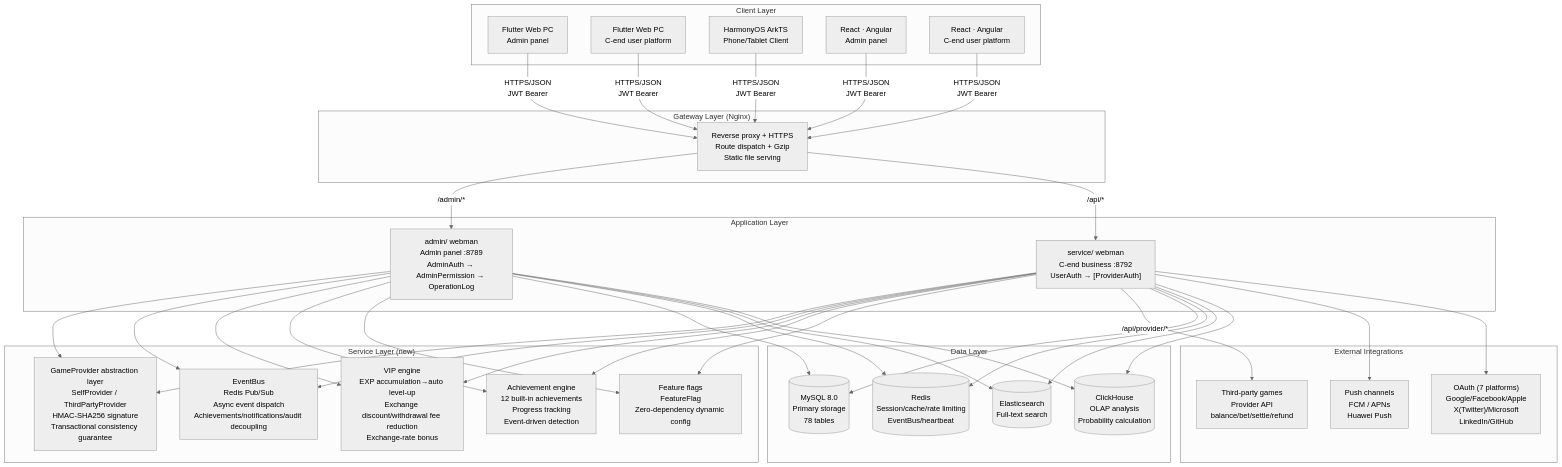
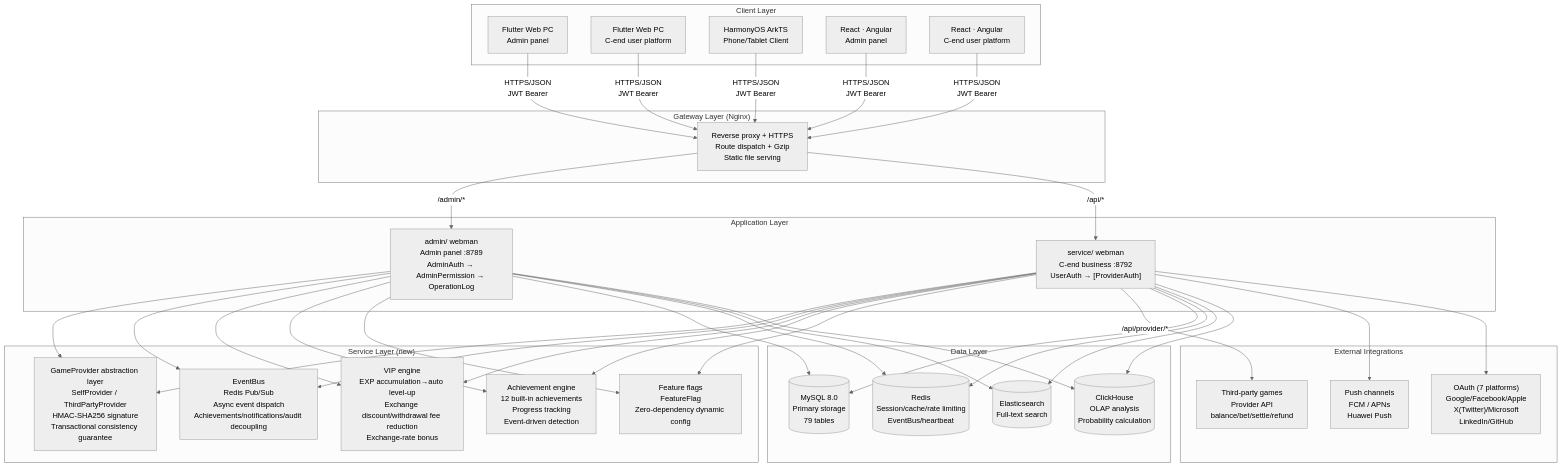
One commit to erikwang2013/game-platform-php changed the first of 2 diagrams in docs/ARCHITECTURE.en.md. Above: the diagram before and after it, drawn with Mermaid (neutral theme). The commit also changed other lines of this file and 710 other files, not shown here.

````diff
--- a/docs/ARCHITECTURE.en.md
+++ b/docs/ARCHITECTURE.en.md
@@ -11,48 +11,48 @@
 ```mermaid
 flowchart TB
     subgraph "Client Layer"
         A1["Flutter Web PC<br/>Admin panel"]
         A2["Flutter Web PC<br/>C-end user platform"]
         A3["HarmonyOS ArkTS<br/>Phone/Tablet Client"]
         A4["React · Angular<br/>Admin panel"]
         A5["React · Angular<br/>C-end user platform"]
     end
 
     subgraph "Gateway Layer (Nginx)"
         B1["Reverse proxy + HTTPS<br/>Route dispatch + Gzip<br/>Static file serving"]
     end
 
     subgraph "Application Layer"
         C1["admin/ webman<br/>Admin panel :8789<br/>AdminAuth → AdminPermission → OperationLog"]
         C2["service/ webman<br/>C-end business :8792<br/>UserAuth → [ProviderAuth]"]
     end
 
     subgraph "Service Layer (new)"
         D0["GameProvider abstraction layer<br/>SelfProvider / ThirdPartyProvider<br/>HMAC-SHA256 signature<br/>Transactional consistency guarantee"]
         D1["EventBus<br/>Redis Pub/Sub<br/>Async event dispatch<br/>Achievements/notifications/audit decoupling"]
         D2["VIP engine<br/>EXP accumulation→auto level-up<br/>Exchange discount/withdrawal fee reduction<br/>Exchange-rate bonus"]
         D3["Achievement engine<br/>12 built-in achievements<br/>Progress tracking<br/>Event-driven detection"]
         D4["Feature flags<br/>FeatureFlag<br/>Zero-dependency dynamic config"]
     end
 
     subgraph "Data Layer"
-        E1[("MySQL 8.0<br/>Primary storage<br/>78 tables")]
+        E1[("MySQL 8.0<br/>Primary storage<br/>79 tables")]
         E2[("Redis<br/>Session/cache/rate limiting<br/>EventBus/heartbeat")]
         E3[("Elasticsearch<br/>Full-text search")]
         E4[("ClickHouse<br/>OLAP analysis<br/>Probability calculation")]
     end
 
     subgraph "External Integrations"
         F1["Third-party games<br/>Provider API<br/>balance/bet/settle/refund"]
         F2["Push channels<br/>FCM / APNs<br/>Huawei Push"]
         F3["OAuth (7 platforms)<br/>Google/Facebook/Apple<br/>X(Twitter)/Microsoft<br/>LinkedIn/GitHub"]
     end
 
     A1 & A2 & A3 & A4 & A5 -->|"HTTPS/JSON<br/>JWT Bearer"| B1
     B1 -->|"/admin/*"| C1
     B1 -->|"/api/*"| C2
     C1 & C2 --> D0 & D1 & D2 & D3 & D4
     C2 -->|"/api/provider/*"| F1
     C1 & C2 --> E1 & E2 & E3 & E4
     C2 --> F2 & F3
 ```
````
